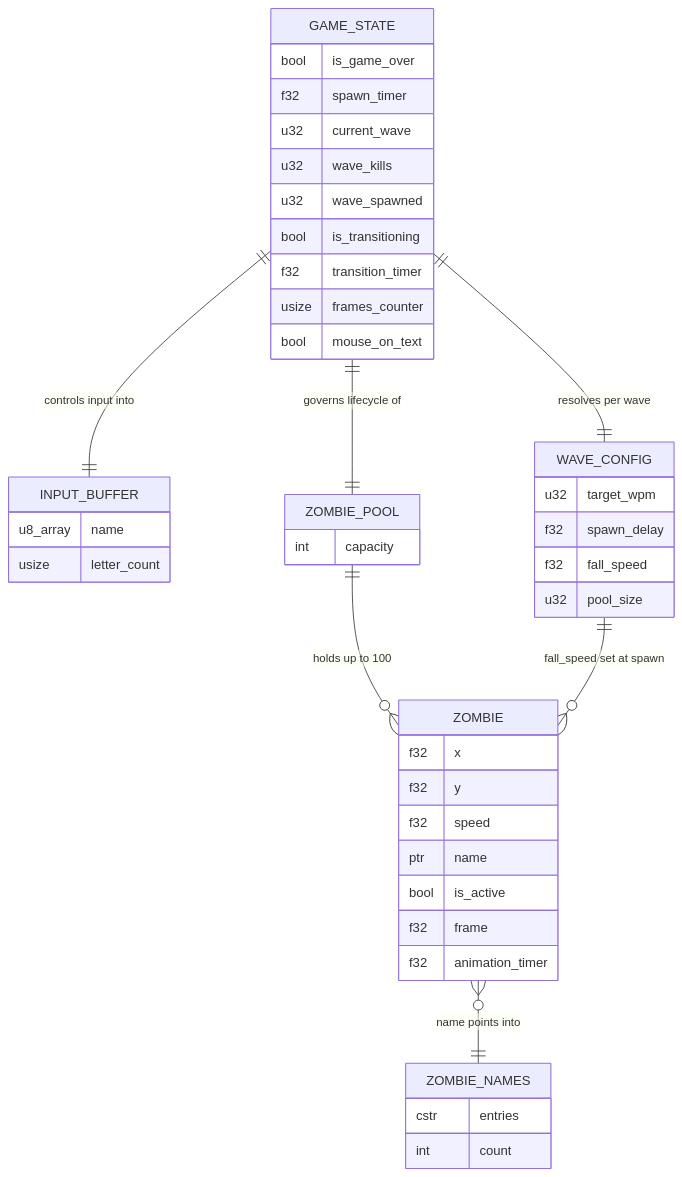
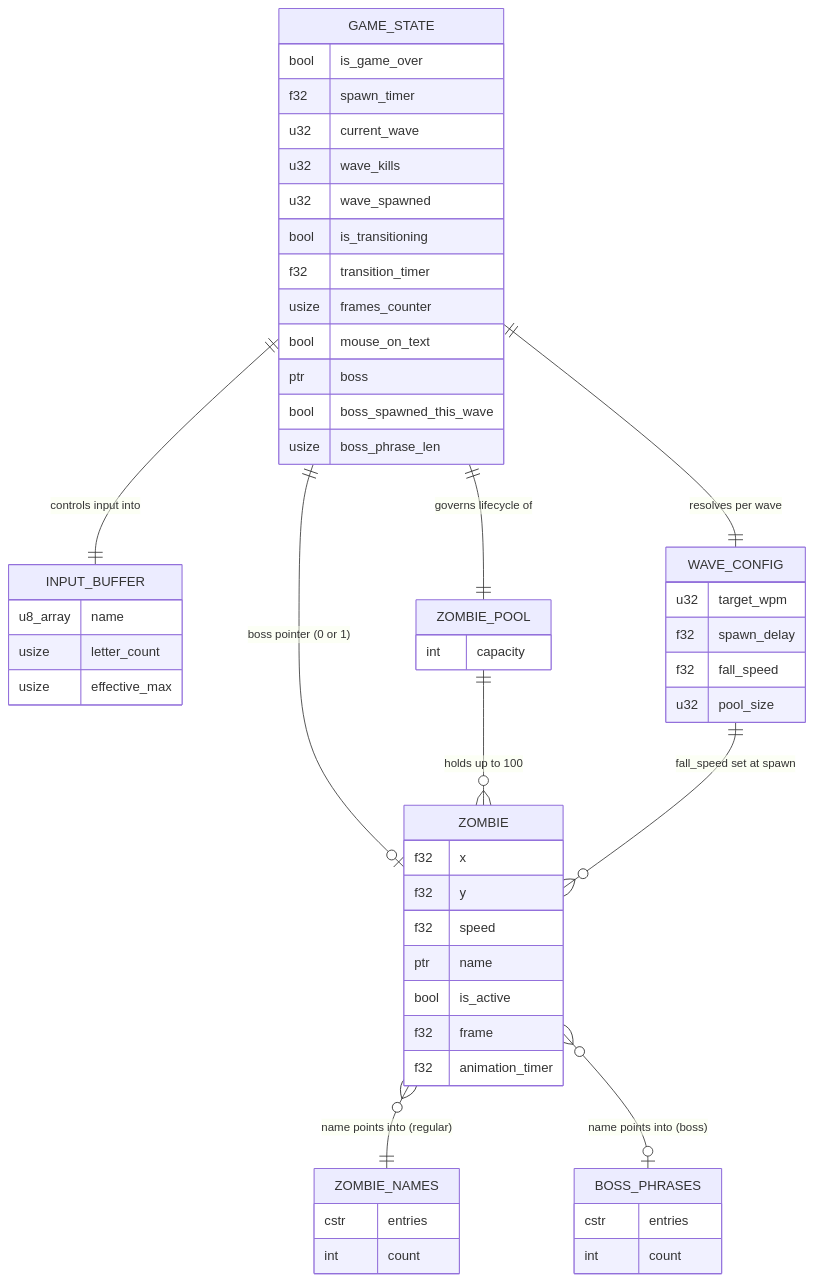
The first of 3 diagrams in specs/specifications/data-model.md (bfernandez31/death-note), drawn with Mermaid before and after one commit. The commit also changed other lines of this file and 4 other files, not shown here.

````diff
--- a/specs/specifications/data-model.md
+++ b/specs/specifications/data-model.md
@@ -41,52 +44,63 @@
 ```mermaid
 erDiagram
     GAME_STATE {
         bool is_game_over
         f32 spawn_timer
         u32 current_wave
         u32 wave_kills
         u32 wave_spawned
         bool is_transitioning
         f32 transition_timer
         usize frames_counter
         bool mouse_on_text
+        ptr boss
+        bool boss_spawned_this_wave
+        usize boss_phrase_len
     }
 
     INPUT_BUFFER {
         u8_array name
         usize letter_count
+        usize effective_max
     }
 
     ZOMBIE_POOL {
         int capacity
     }
 
     ZOMBIE {
         f32 x
         f32 y
         f32 speed
         ptr name
         bool is_active
         f32 frame
         f32 animation_timer
     }
 
     ZOMBIE_NAMES {
         cstr entries
         int count
     }
 
+    BOSS_PHRASES {
+        cstr entries
+        int count
+    }
+
     WAVE_CONFIG {
         u32 target_wpm
         f32 spawn_delay
         f32 fall_speed
         u32 pool_size
     }
 
     GAME_STATE ||--|| INPUT_BUFFER : "controls input into"
     GAME_STATE ||--|| ZOMBIE_POOL : "governs lifecycle of"
     GAME_STATE ||--|| WAVE_CONFIG : "resolves per wave"
+    GAME_STATE ||--o| ZOMBIE : "boss pointer (0 or 1)"
     ZOMBIE_POOL ||--o{ ZOMBIE : "holds up to 100"
-    ZOMBIE }o--|| ZOMBIE_NAMES : "name points into"
+    ZOMBIE }o--|| ZOMBIE_NAMES : "name points into (regular)"
+    ZOMBIE }o--o| BOSS_PHRASES : "name points into (boss)"
     WAVE_CONFIG ||--o{ ZOMBIE : "fall_speed set at spawn"
 ```
````
